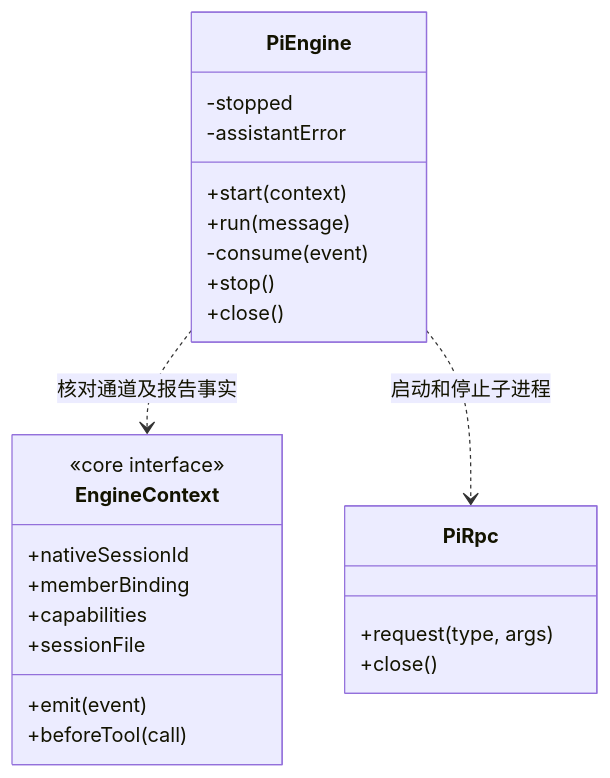
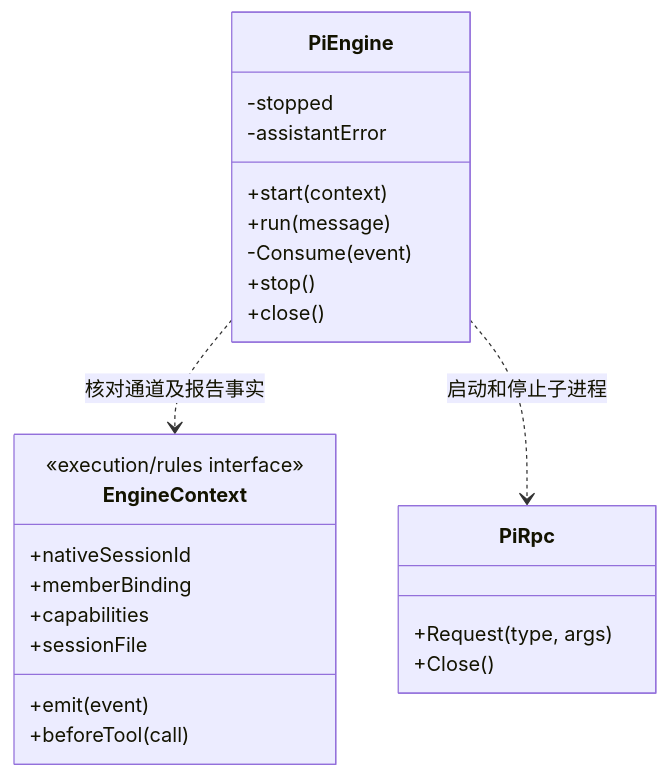
The second of 11 diagrams in src/logic/execution/engines/pi/ARCHITECTURE.md (nan023062/cbim), drawn with Mermaid before and after one commit. The commit also changed other lines of this file and 112 other files, not shown here.

Commit message:
docs: align source architecture with current declarations and contracts

````diff
--- a/src/logic/execution/engines/pi/ARCHITECTURE.md
+++ b/src/logic/execution/engines/pi/ARCHITECTURE.md
@@ -112,27 +112,27 @@
 ```mermaid
 classDiagram
 class PiEngine {
   -stopped
   -assistantError
   +start(context)
   +run(message)
-  -consume(event)
+  -Consume(event)
   +stop()
   +close()
 }
 class EngineContext {
-  <<core interface>>
+  <<execution/rules interface>>
   +nativeSessionId
   +memberBinding
   +capabilities
   +sessionFile
   +emit(event)
   +beforeTool(call)
 }
 class PiRpc {
-  +request(type, args)
-  +close()
+  +Request(type, args)
+  +Close()
 }
 PiEngine ..> EngineContext : 核对通道及报告事实
 PiEngine ..> PiRpc : 启动和停止子进程
 ```
````
